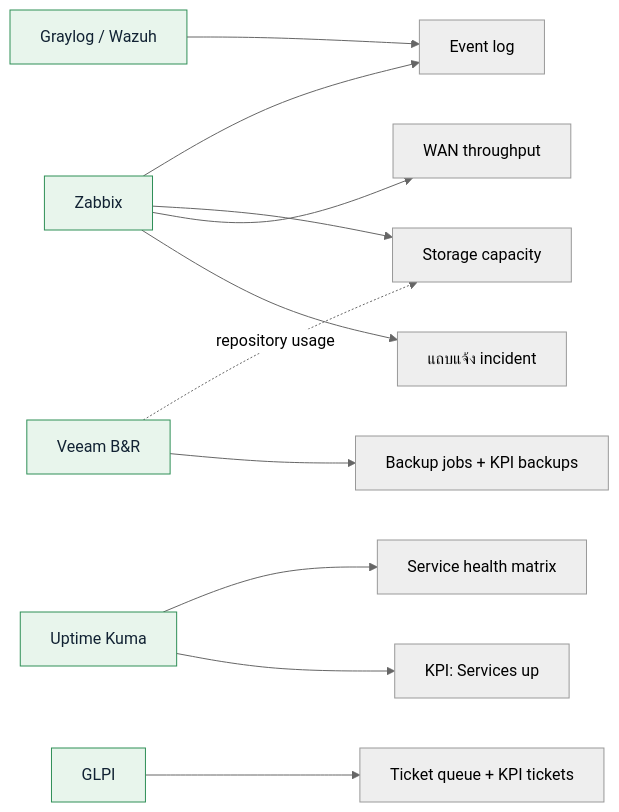
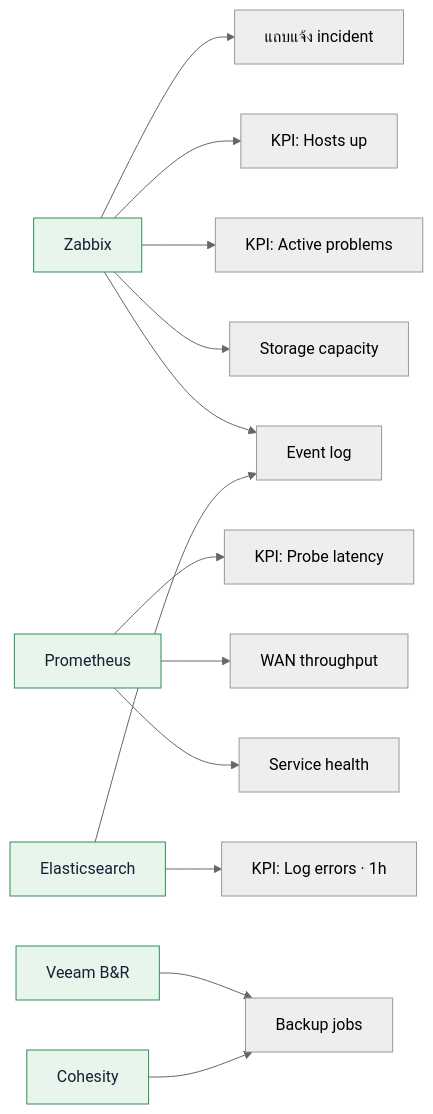
The second of 6 diagrams in docs/ARCHITECTURE.md (alohabyu/ITDash), drawn with Mermaid (neutral theme) before and after one commit. The commit also changed other lines of this file and 33 other files, not shown here.

First line of the commit message:
Connect Zabbix, Prometheus, Elasticsearch, Veeam and Cohesity

````diff
--- a/docs/ARCHITECTURE.md
+++ b/docs/ARCHITECTURE.md
@@ -49,30 +51,34 @@
 ```mermaid
 flowchart LR
   ZBX["Zabbix"]:::src
-  KUMA["Uptime Kuma"]:::src
-  GLPI["GLPI"]:::src
-  VEEAM["Veeam B&R"]:::src
-  LOGS["Graylog / Wazuh"]:::src
+  PROM["Prometheus"]:::src
+  ES["Elasticsearch"]:::src
+  VBR["Veeam B&R"]:::src
+  COH["Cohesity"]:::src
 
   W1["แถบแจ้ง incident"]
-  W3["WAN throughput"]
+  W2["KPI: Hosts up"]
+  W3["KPI: Active problems"]
   W4["Storage capacity"]
   W7["Event log"]
-  W2["KPI: Services up"]
-  W5["Service health matrix"]
-  W6["Ticket queue + KPI tickets"]
-  W8["Backup jobs + KPI backups"]
+  W5["KPI: Probe latency"]
+  W6["WAN throughput"]
+  W8["Service health"]
+  W9["KPI: Log errors · 1h"]
+  W10["Backup jobs"]
 
   ZBX --> W1
+  ZBX --> W2
   ZBX --> W3
   ZBX --> W4
   ZBX --> W7
-  LOGS --> W7
-  KUMA --> W2
-  KUMA --> W5
-  GLPI --> W6
-  VEEAM --> W8
-  VEEAM -. "repository usage" .-> W4
+  ES --> W7
+  ES --> W9
+  PROM --> W5
+  PROM --> W6
+  PROM --> W8
+  VBR --> W10
+  COH --> W10
 
   classDef src fill:#e8f5ec,stroke:#2f8f57,color:#123
 ```
````
